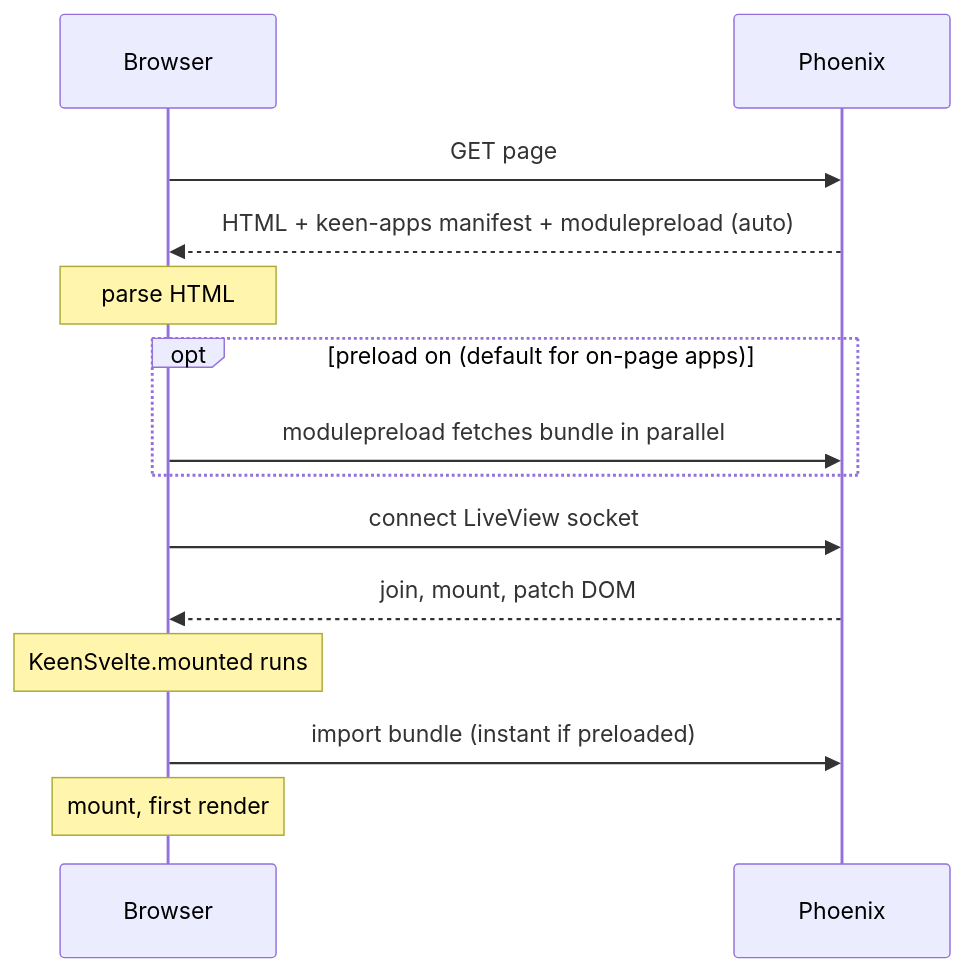
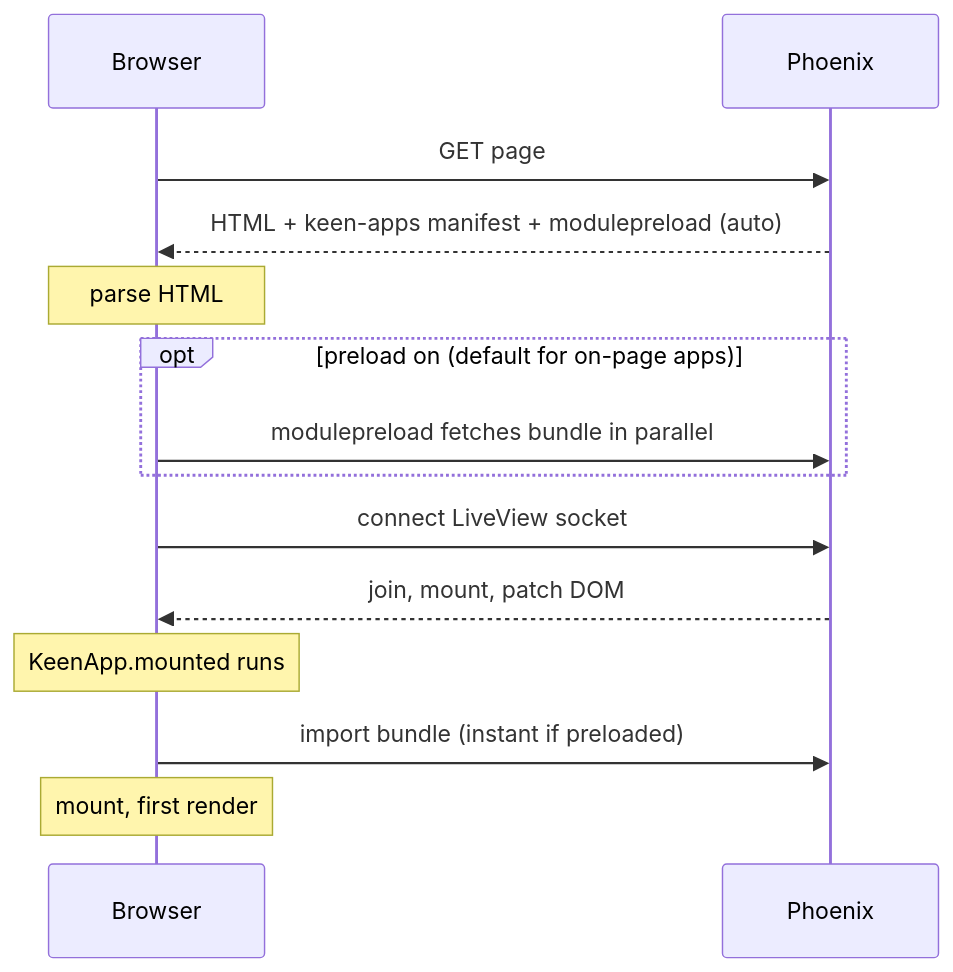
One commit to KeenMate/keen-phoenix-svelte changed the second of 2 diagrams in keen_phoenix_svelte/docs/external-apps.md. Above: the diagram before and after it, drawn with Mermaid. The commit also changed other lines of this file and 14 other files, not shown here.

First line of the commit message:
rename LiveView hook KeenSvelte -> KeenApp

````diff
--- a/keen_phoenix_svelte/docs/external-apps.md
+++ b/keen_phoenix_svelte/docs/external-apps.md
@@ -50,16 +50,16 @@
 ```mermaid
 sequenceDiagram
   participant B as Browser
   participant P as Phoenix
   B->>P: GET page
   P-->>B: HTML + keen-apps manifest + modulepreload (auto)
   Note over B: parse HTML
   opt preload on (default for on-page apps)
     B->>P: modulepreload fetches bundle in parallel
   end
   B->>P: connect LiveView socket
   P-->>B: join, mount, patch DOM
-  Note over B: KeenSvelte.mounted runs
+  Note over B: KeenApp.mounted runs
   B->>P: import bundle (instant if preloaded)
   Note over B: mount, first render
 ```
````
